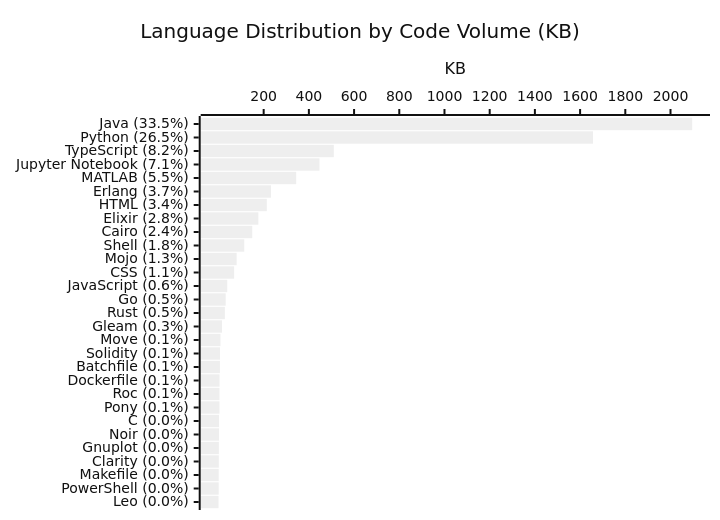
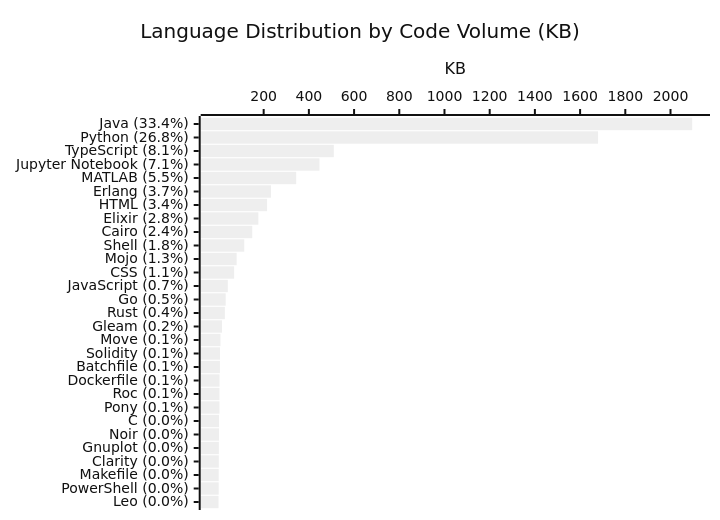
The diagram in profile/README.md (KathiraveluLab/.github), drawn with Mermaid (neutral theme) before and after one commit. The commit also changed other lines of this file and 1 other file, not shown here.

````diff
--- a/profile/README.md
+++ b/profile/README.md
@@ -66,7 +66,7 @@
 ```mermaid
 xychart-beta horizontal
     title "Language Distribution by Code Volume (KB)"
-    x-axis ["Java (33.5%)", "Python (26.5%)", "TypeScript (8.2%)", "Jupyter Notebook (7.1%)", "MATLAB (5.5%)", "Erlang (3.7%)", "HTML (3.4%)", "Elixir (2.8%)", "Cairo (2.4%)", "Shell (1.8%)", "Mojo (1.3%)", "CSS (1.1%)", "JavaScript (0.6%)", "Go (0.5%)", "Rust (0.5%)", "Gleam (0.3%)", "Move (0.1%)", "Solidity (0.1%)", "Batchfile (0.1%)", "Dockerfile (0.1%)", "Roc (0.1%)", "Pony (0.1%)", "C (0.0%)", "Noir (0.0%)", "Gnuplot (0.0%)", "Clarity (0.0%)", "Makefile (0.0%)", "PowerShell (0.0%)", "Leo (0.0%)"]
+    x-axis ["Java (33.4%)", "Python (26.8%)", "TypeScript (8.1%)", "Jupyter Notebook (7.1%)", "MATLAB (5.5%)", "Erlang (3.7%)", "HTML (3.4%)", "Elixir (2.8%)", "Cairo (2.4%)", "Shell (1.8%)", "Mojo (1.3%)", "CSS (1.1%)", "JavaScript (0.7%)", "Go (0.5%)", "Rust (0.4%)", "Gleam (0.2%)", "Move (0.1%)", "Solidity (0.1%)", "Batchfile (0.1%)", "Dockerfile (0.1%)", "Roc (0.1%)", "Pony (0.1%)", "C (0.0%)", "Noir (0.0%)", "Gnuplot (0.0%)", "Clarity (0.0%)", "Makefile (0.0%)", "PowerShell (0.0%)", "Leo (0.0%)"]
     y-axis "KB"
-    bar [2095.91, 1656.97, 510.29, 446.91, 343.93, 232.36, 213.86, 176.6, 149.42, 114.03, 80.48, 69.42, 38.79, 32.03, 28.25, 15.66, 8.83, 6.65, 6.48, 4.63, 4.5, 4.41, 2.58, 2.46, 1.82, 1.53, 1.02, 1.02, 0.26]
+    bar [2095.91, 1679.52, 510.29, 446.91, 343.93, 232.36, 215.16, 176.6, 149.42, 114.03, 80.48, 69.42, 41.23, 32.03, 28.25, 15.66, 8.83, 6.65, 6.48, 4.63, 4.5, 4.41, 2.58, 2.46, 1.82, 1.53, 1.02, 1.02, 0.26]
 ```
````
